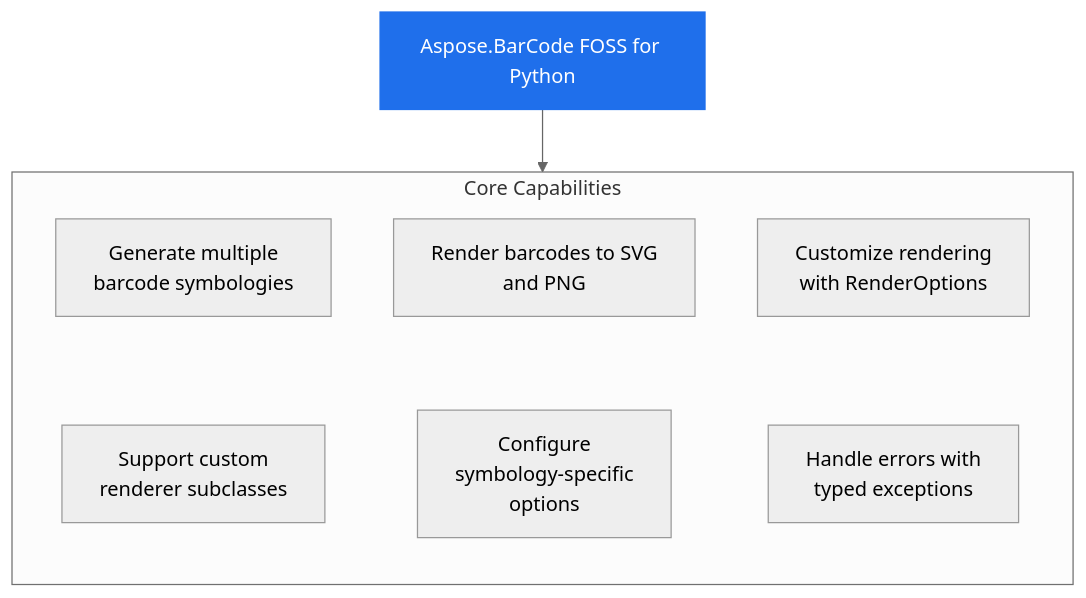
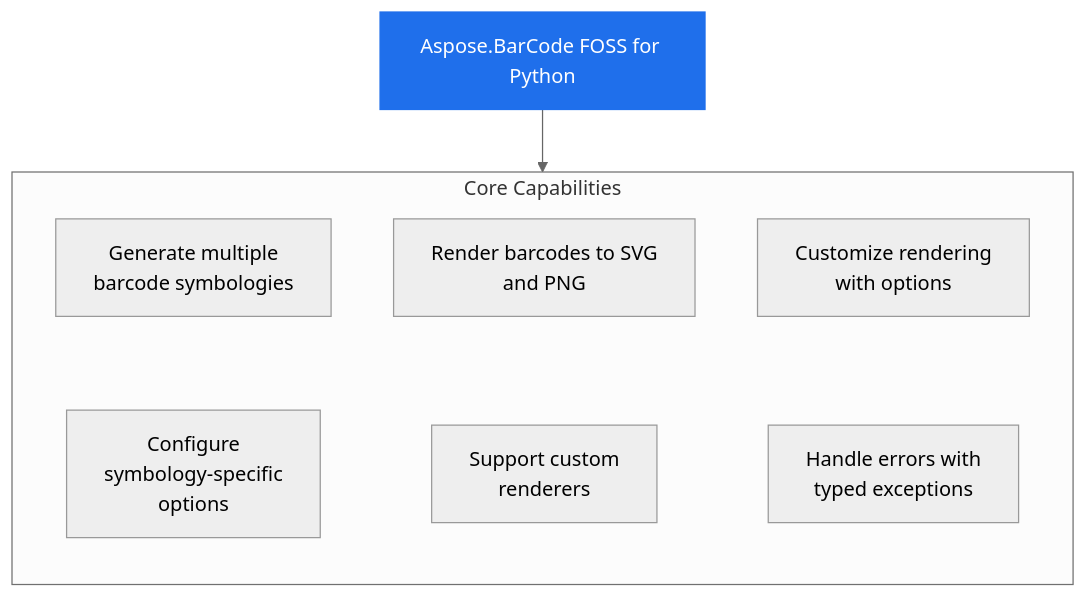
The diagram in 06eca5c01e13ed6d59a640f1cf330c1c5a57d151/README.md (babar-raza/repo-presenter), drawn with Mermaid (neutral theme) before and after one commit. The commit also changed other lines of this file and 11 other files, not shown here.

````diff
--- a/06eca5c01e13ed6d59a640f1cf330c1c5a57d151/README.md
+++ b/06eca5c01e13ed6d59a640f1cf330c1c5a57d151/README.md
@@ -25,19 +25,19 @@
 ```mermaid
 flowchart TB
   PRODUCT["Aspose.BarCode FOSS for Python"]
   subgraph Capabilities["Core Capabilities"]
     direction TB
     c1["Generate multiple<br/>barcode symbologies"]
     c2["Render barcodes to SVG<br/>and PNG"]
-    c3["Customize rendering<br/>with RenderOptions"]
-    c4["Support custom<br/>renderer subclasses"]
-    c5["Configure<br/>symbology-specific<br/>options"]
+    c3["Customize rendering<br/>with options"]
+    c4["Configure<br/>symbology-specific<br/>options"]
+    c5["Support custom<br/>renderers"]
     c6["Handle errors with<br/>typed exceptions"]
     c1 ~~~ c4
     c2 ~~~ c5
     c3 ~~~ c6
   end
   PRODUCT --> Capabilities
   classDef product fill:#1f6feb,stroke:#1f6feb,color:#ffffff
   class PRODUCT product
 ```
````
